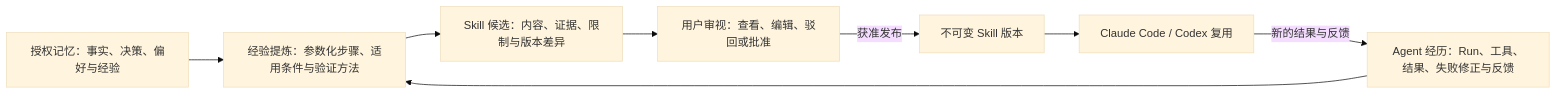
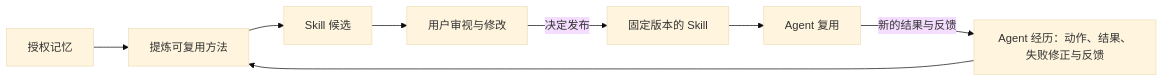
One commit to TheLudlows/Origence changed the second of 2 diagrams in docs/superpowers/specs/2026-11-16-agent-data-foundation-architecture.md. Above: the diagram before and after it, drawn with Mermaid (base theme). The commit also changed other lines of this file and 6 other files, not shown here.

````diff
--- a/docs/superpowers/specs/2026-11-16-agent-data-foundation-architecture.md
+++ b/docs/superpowers/specs/2026-11-16-agent-data-foundation-architecture.md
@@ -330,17 +86,10 @@
 ```mermaid
 flowchart LR
-    MEMORY[授权记忆：事实、决策、偏好与经验]
-    EXPERIENCE[Agent 经历：Run、工具、结果、失败修正与反馈]
-    PROPOSE[经验提炼：参数化步骤、适用条件与验证方法]
-    DRAFT[Skill 候选：内容、证据、限制与版本差异]
-    USER[用户审视：查看、编辑、驳回或批准]
-    RELEASE[不可变 Skill 版本]
-    AGENT[Claude Code / Codex 复用]
-    MEMORY --> PROPOSE
-    EXPERIENCE --> PROPOSE
-    PROPOSE --> DRAFT
-    DRAFT --> USER
-    USER -->|获准发布| RELEASE
-    RELEASE --> AGENT
-    AGENT -->|新的结果与反馈| EXPERIENCE
+    M[授权记忆] --> D[提炼可复用方法]
+    E[Agent 经历：动作、结果、失败修正与反馈] --> D
+    D --> P[Skill 候选]
+    P --> U[用户审视与修改]
+    U -->|决定发布| S[固定版本的 Skill]
+    S --> A[Agent 复用]
+    A -->|新的结果与反馈| E
 ```
````
